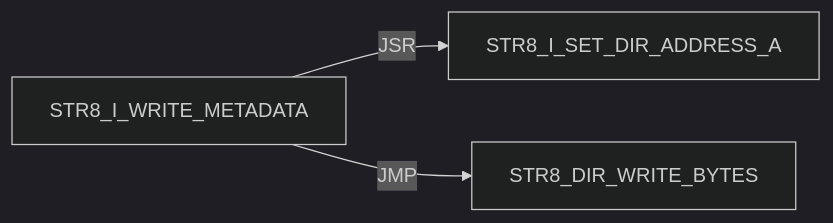
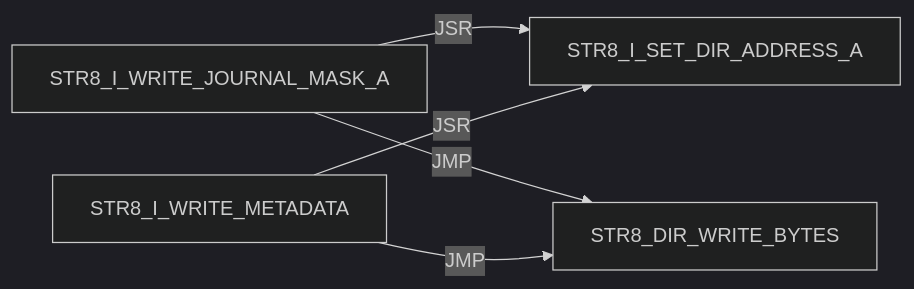
One commit to 95westus/R-YORS changed diagram 19 of 42 in DOC/GUIDES/STR8/STR8_EDGE_DUMP.md. Above: the diagram before and after it, drawn with Mermaid (dark theme). The commit also changed other lines of this file and 25 other files, not shown here.

````diff
--- a/DOC/GUIDES/STR8/STR8_EDGE_DUMP.md
+++ b/DOC/GUIDES/STR8/STR8_EDGE_DUMP.md
@@ -282,5 +281,7 @@
 ```mermaid
 flowchart LR
-    N0["STR8_I_WRITE_METADATA"] -->|JSR| N1["STR8_I_SET_DIR_ADDRESS_A"]
-    N0["STR8_I_WRITE_METADATA"] -->|JMP| N2["STR8_DIR_WRITE_BYTES"]
+    N0["STR8_I_WRITE_JOURNAL_MASK_A"] -->|JSR| N1["STR8_I_SET_DIR_ADDRESS_A"]
+    N0["STR8_I_WRITE_JOURNAL_MASK_A"] -->|JMP| N2["STR8_DIR_WRITE_BYTES"]
+    N3["STR8_I_WRITE_METADATA"] -->|JSR| N1["STR8_I_SET_DIR_ADDRESS_A"]
+    N3["STR8_I_WRITE_METADATA"] -->|JMP| N2["STR8_DIR_WRITE_BYTES"]
 ```
````
